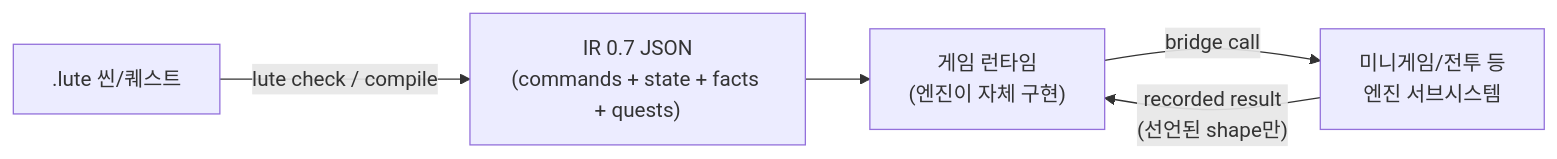
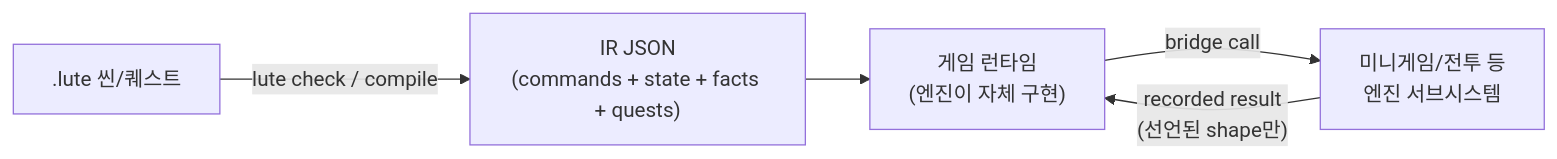
The diagram in docs/pilot-project-guide.md (journeyWorker/lute), drawn with Mermaid before and after one commit. The commit also changed other lines of this file and 16 other files, not shown here.

````diff
--- a/docs/pilot-project-guide.md
+++ b/docs/pilot-project-guide.md
@@ -13,7 +13,7 @@
 ```mermaid
 flowchart LR
-  A[".lute 씬/퀘스트"] -->|lute check / compile| B["IR 0.7 JSON<br/>(commands + state + facts + quests)"]
+  A[".lute 씬/퀘스트"] -->|lute check / compile| B["IR JSON<br/>(commands + state + facts + quests)"]
   B --> C["게임 런타임<br/>(엔진이 자체 구현)"]
   C -->|bridge call| D["미니게임/전투 등<br/>엔진 서브시스템"]
   D -->|"recorded result<br/>(선언된 shape만)"| C
 ```
````
